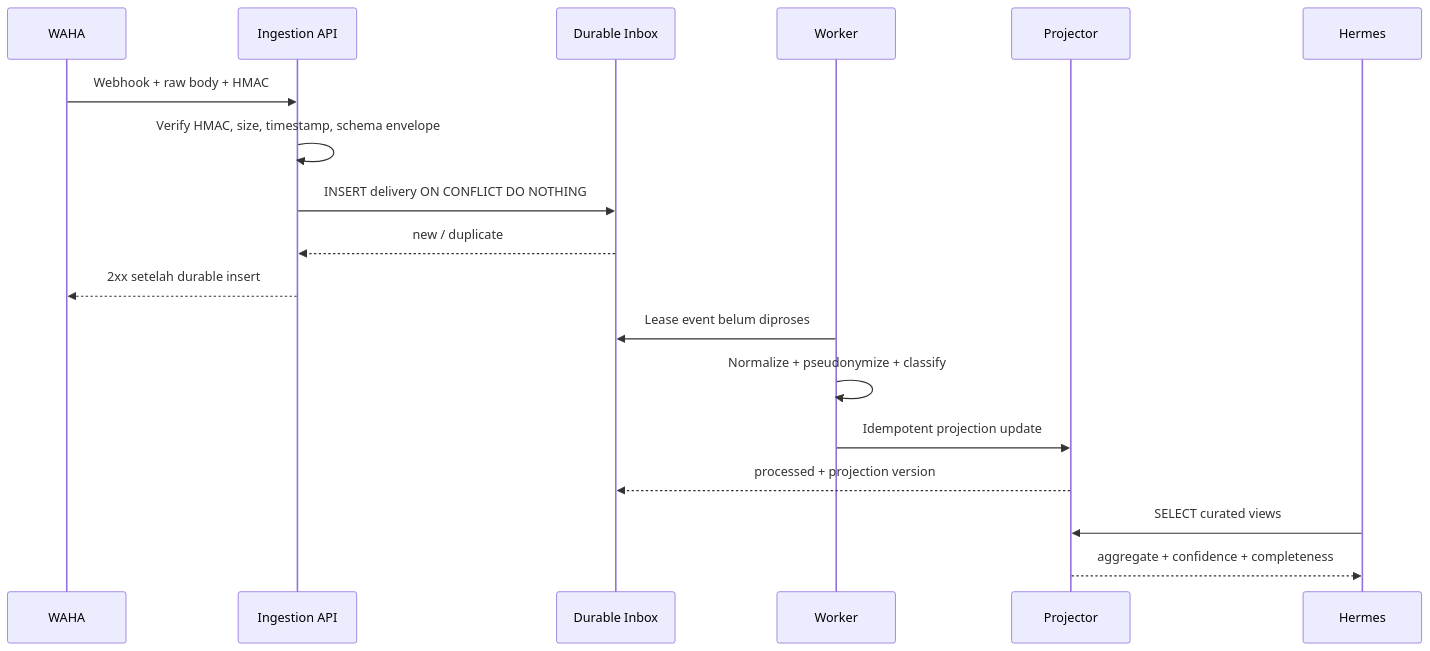
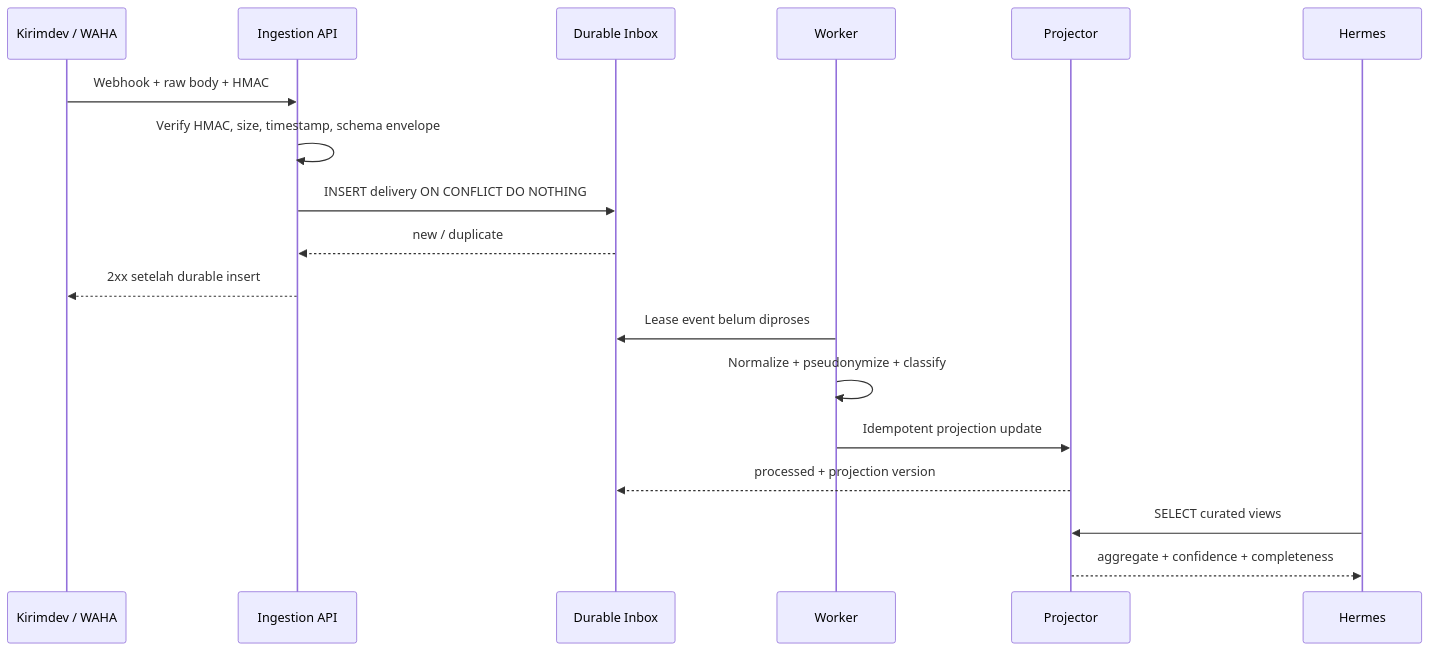
Before and after one commit to syahrizal-as/prd-project: the fourth of 6 diagrams in PRD-AqiqahPro-Hermes-WhatsApp-Ads-CS-Analytics.md, drawn with Mermaid. The commit also changed other lines of this file, not shown here.

````diff
--- a/PRD-AqiqahPro-Hermes-WhatsApp-Ads-CS-Analytics.md
+++ b/PRD-AqiqahPro-Hermes-WhatsApp-Ads-CS-Analytics.md
@@ -702,21 +759,21 @@
 ```mermaid
 sequenceDiagram
-    participant W as WAHA
+    participant W as Kirimdev / WAHA
     participant I as Ingestion API
     participant D as Durable Inbox
     participant Q as Worker
     participant P as Projector
     participant H as Hermes
 
     W->>I: Webhook + raw body + HMAC
     I->>I: Verify HMAC, size, timestamp, schema envelope
     I->>D: INSERT delivery ON CONFLICT DO NOTHING
     D-->>I: new / duplicate
     I-->>W: 2xx setelah durable insert
     Q->>D: Lease event belum diproses
     Q->>Q: Normalize + pseudonymize + classify
     Q->>P: Idempotent projection update
     P-->>D: processed + projection version
     H->>P: SELECT curated views
     P-->>H: aggregate + confidence + completeness
 ```
````
